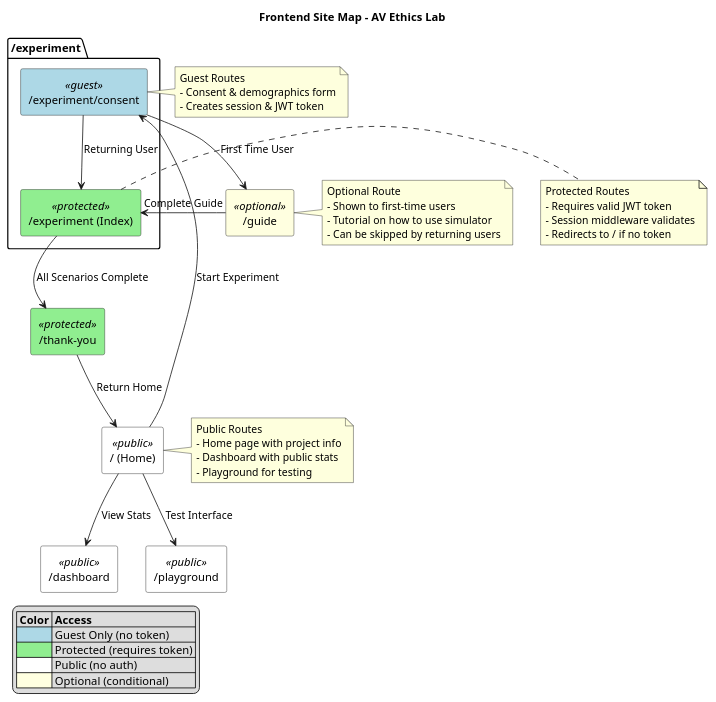
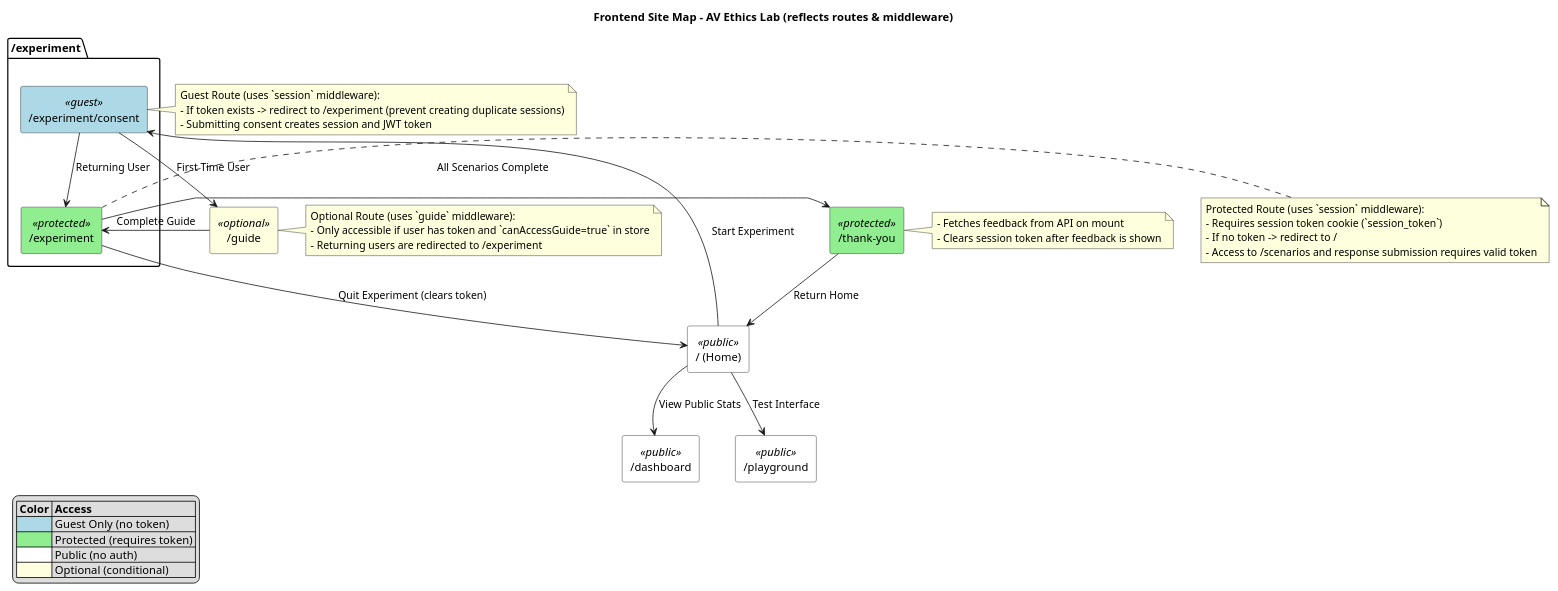
The diagram in system design/diagrams/sitemap.puml (Direwen/AV-Ethics-Lab), drawn with PlantUML before and after one commit. The commit also changed 7 other files, not shown here.

```diff
--- a/system design/diagrams/sitemap.puml
+++ b/system design/diagrams/sitemap.puml
@@ -1,67 +1,67 @@
 @startuml
 skinparam rectangle {
   BackgroundColor<<guest>> LightBlue
   BackgroundColor<<protected>> LightGreen
   BackgroundColor<<public>> White
   BackgroundColor<<optional>> LightYellow
 }
 
-title Frontend Site Map - AV Ethics Lab
+title Frontend Site Map - AV Ethics Lab (reflects routes & middleware)
 
 rectangle "/ (Home)" <<public>> as home
 rectangle "/dashboard" <<public>> as dashboard
+rectangle "/playground" <<public>> as playground
 rectangle "/guide" <<optional>> as guide
-rectangle "/playground" <<public>> as playground
 
 package "/experiment" {
   rectangle "/experiment/consent" <<guest>> as consent
-  rectangle "/experiment (Index)" <<protected>> as experiment
+  rectangle "/experiment" <<protected>> as experiment
 }
 
 rectangle "/thank-you" <<protected>> as thankyou
 
+' Primary flows
 home --> consent : Start Experiment
 consent --> guide : First Time User
 consent --> experiment : Returning User
 guide --> experiment : Complete Guide
 experiment --> thankyou : All Scenarios Complete
 thankyou --> home : Return Home
+experiment --> home : Quit Experiment (clears token)
 
-home --> dashboard : View Stats
+home --> dashboard : View Public Stats
 home --> playground : Test Interface
 
-note right of home
-  Public Routes
-  - Home page with project info
-  - Dashboard with public stats
-  - Playground for testing
-end note
-
+' Middleware & Redirects
 note right of consent
-  Guest Routes
-  - Consent & demographics form
-  - Creates session & JWT token
+  Guest Route (uses `session` middleware):
+  - If token exists -> redirect to /experiment (prevent creating duplicate sessions)
+  - Submitting consent creates session and JWT token
 end note
 
 note right of experiment
-  Protected Routes
-  - Requires valid JWT token
-  - Session middleware validates
-  - Redirects to / if no token
+  Protected Route (uses `session` middleware):
+  - Requires session token cookie (`session_token`)
+  - If no token -> redirect to /
+  - Access to /scenarios and response submission requires valid token
 end note
 
 note right of guide
-  Optional Route
-  - Shown to first-time users
-  - Tutorial on how to use simulator
-  - Can be skipped by returning users
+  Optional Route (uses `guide` middleware):
+  - Only accessible if user has token and `canAccessGuide=true` in store
+  - Returning users are redirected to /experiment
+end note
+
+note right of thankyou
+  - Fetches feedback from API on mount
+  - Clears session token after feedback is shown
 end note
 
 legend left
   |= Color |= Access |
   | <#LightBlue> | Guest Only (no token) |
   | <#LightGreen> | Protected (requires token) |
   | <#White> | Public (no auth) |
   | <#LightYellow> | Optional (conditional) |
 endlegend
 @enduml
```
